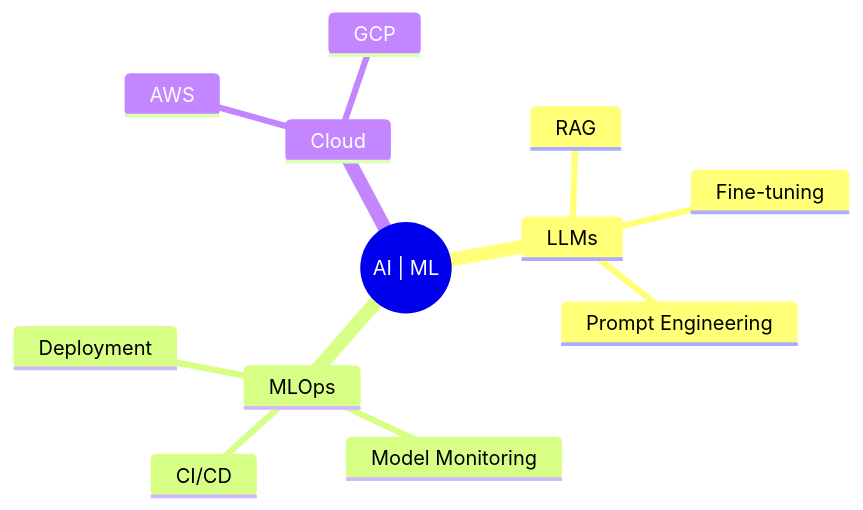
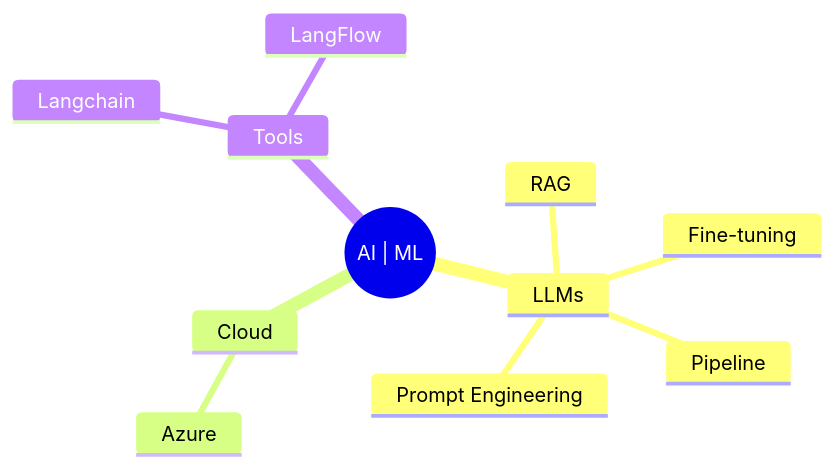
One commit to Nishchaypat/nishchaypat changed the diagram in README.md. Above: the diagram before and after it, drawn with Mermaid.

````diff
--- a/README.md
+++ b/README.md
@@ -84,15 +84,14 @@
 ```mermaid
 mindmap
   root((AI | ML))
     LLMs
       RAG
       Fine-tuning
+      Pipeline
       Prompt Engineering
-    MLOps
-      CI/CD
-      Model Monitoring
-      Deployment
     Cloud
-      AWS
-      GCP
+      Azure
+    Tools
+      Langchain
+      LangFlow
 ```
````
